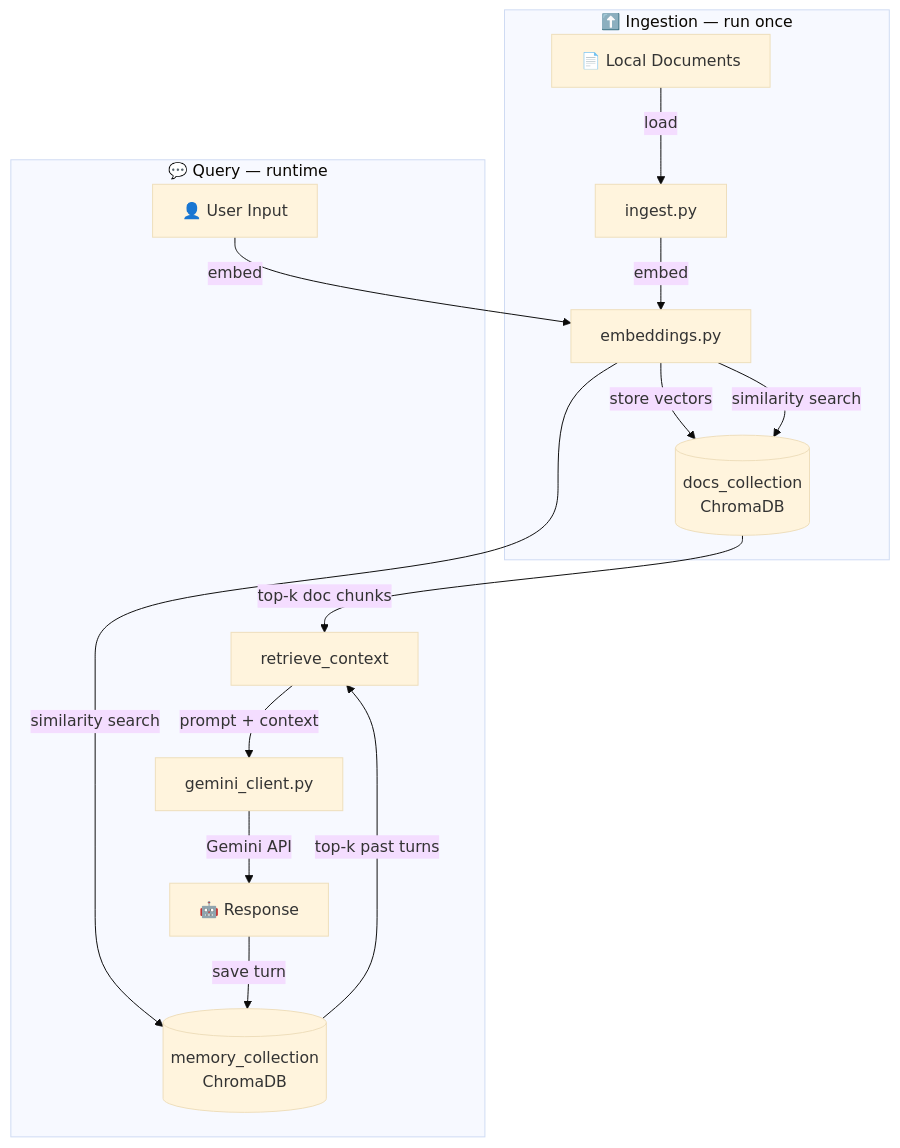
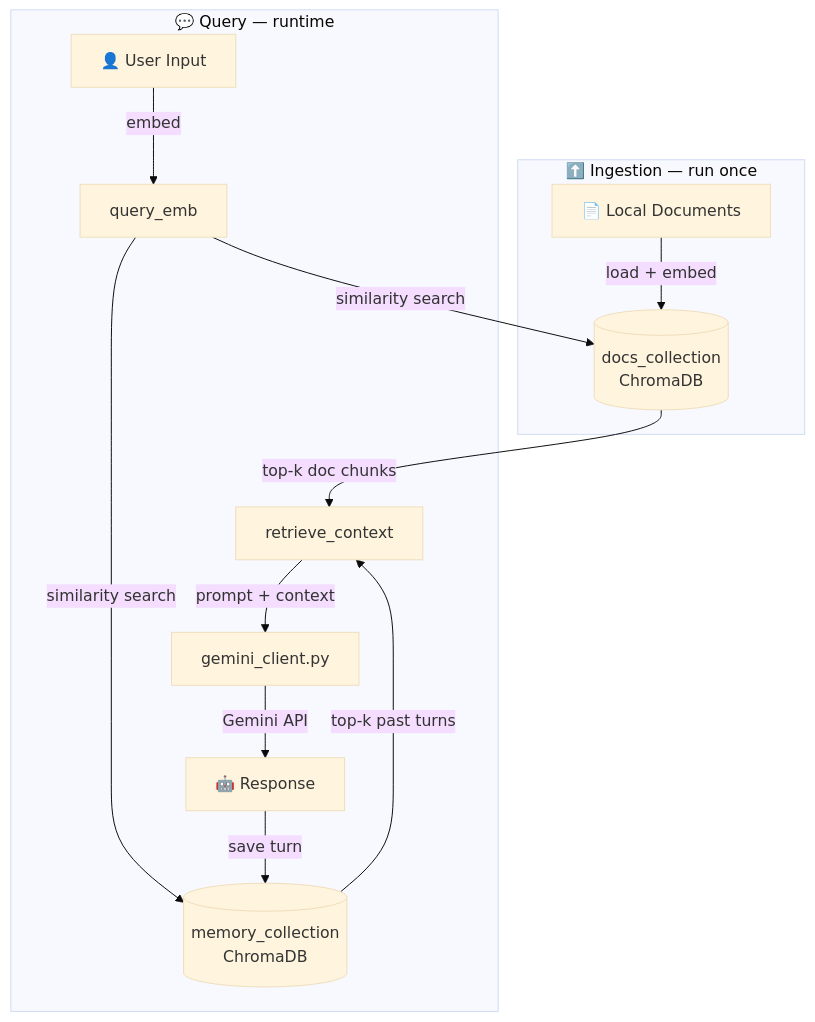
Before and after one commit to mariaDuarte98/rag-personal-assistant: the diagram in README.md, drawn with Mermaid (base theme). The commit also changed other lines of this file, not shown here.

Commit message:
docs: update architecture diagram to reflect two collections

````diff
--- a/README.md
+++ b/README.md
@@ -26,19 +28,17 @@
 ```mermaid
 flowchart TD
     subgraph Ingestion["⬆️ Ingestion — run once"]
-        A[📄 Local Documents] -->|load| B[ingest.py]
-        B -->|embed| C[embeddings.py]
-        C -->|store vectors| D[(docs_collection\nChromaDB)]
+        A[📄 Local Documents] -->|load + embed| D[(docs_collection\nChromaDB)]
     end
 
     subgraph Query["💬 Query — runtime"]
-        E[👤 User Input] -->|embed| C
-        C -->|similarity search| D
-        C -->|similarity search| G[(memory_collection\nChromaDB)]
+        E[👤 User Input] -->|embed| F[query_emb]
+        F -->|similarity search| D
+        F -->|similarity search| G[(memory_collection\nChromaDB)]
         D -->|top-k doc chunks| H[retrieve_context]
         G -->|top-k past turns| H
         H -->|prompt + context| I[gemini_client.py]
         I -->|Gemini API| J[🤖 Response]
         J -->|save turn| G
     end
 ```
````
